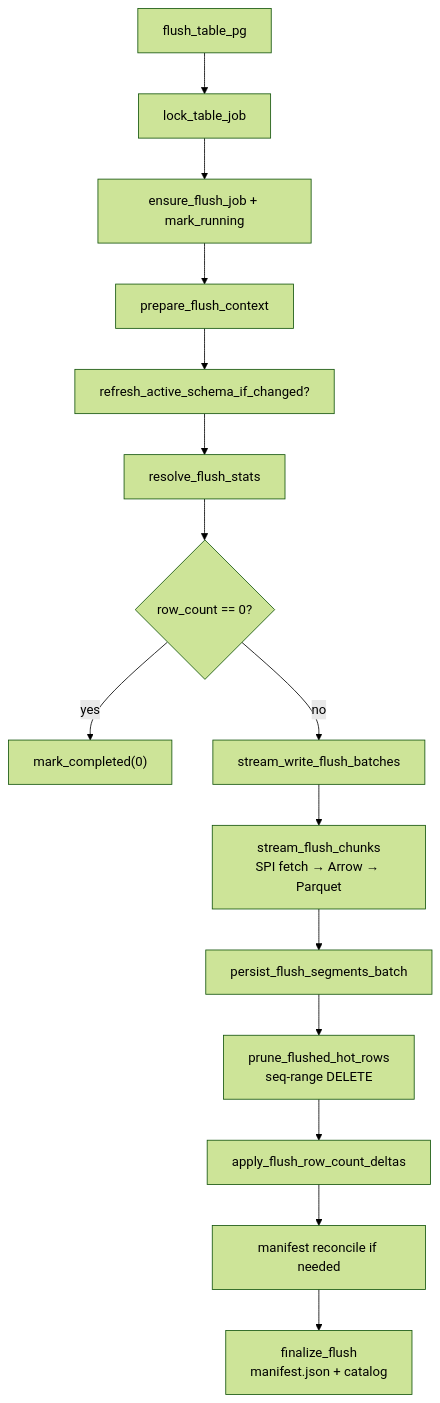
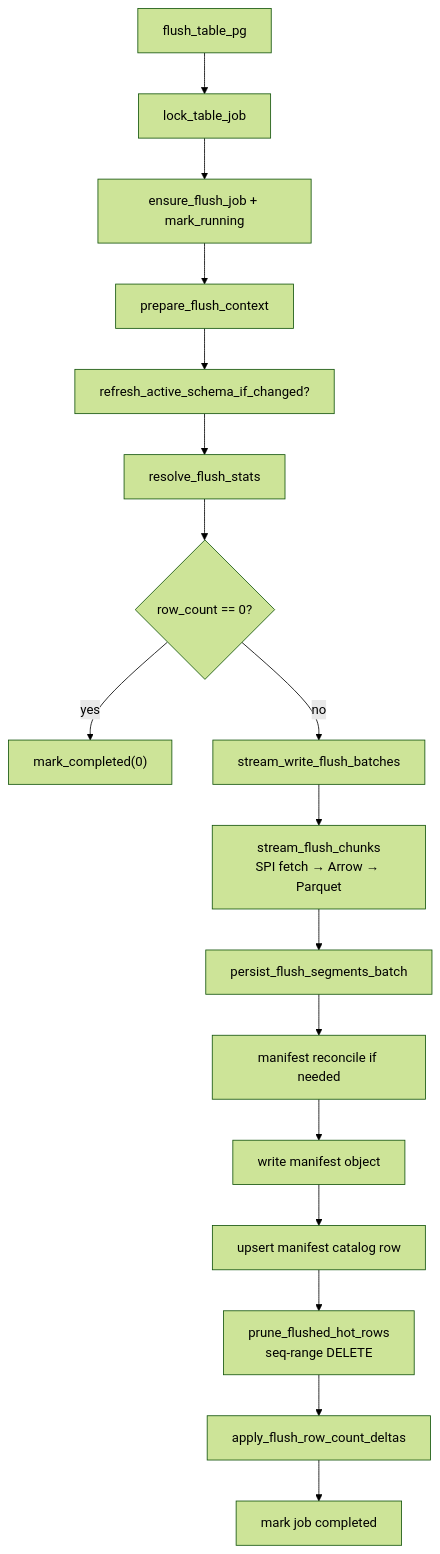
One commit to kalamdb/koldstore changed the diagram in docs/architecture/flushing-table.md. Above: the diagram before and after it, drawn with Mermaid (forest theme). The commit also changed other lines of this file and 105 other files, not shown here.

````diff
--- a/docs/architecture/flushing-table.md
+++ b/docs/architecture/flushing-table.md
@@ -20,17 +21,19 @@
 ```mermaid
 flowchart TD
   A["flush_table_pg"] --> B["lock_table_job"]
   B --> C["ensure_flush_job + mark_running"]
   C --> D["prepare_flush_context"]
   D --> E["refresh_active_schema_if_changed?"]
   E --> F["resolve_flush_stats"]
   F --> G{row_count == 0?}
   G -->|yes| H["mark_completed(0)"]
   G -->|no| I["stream_write_flush_batches"]
   I --> J["stream_flush_chunks\nSPI fetch → Arrow → Parquet"]
   J --> K["persist_flush_segments_batch"]
-  K --> L["prune_flushed_hot_rows\nseq-range DELETE"]
-  L --> M["apply_flush_row_count_deltas"]
-  M --> N["manifest reconcile if needed"]
-  N --> O["finalize_flush\nmanifest.json + catalog"]
+  K --> L["manifest reconcile if needed"]
+  L --> M["write manifest object"]
+  M --> N["upsert manifest catalog row"]
+  N --> O["prune_flushed_hot_rows\nseq-range DELETE"]
+  O --> P["apply_flush_row_count_deltas"]
+  P --> Q["mark job completed"]
 ```
````
